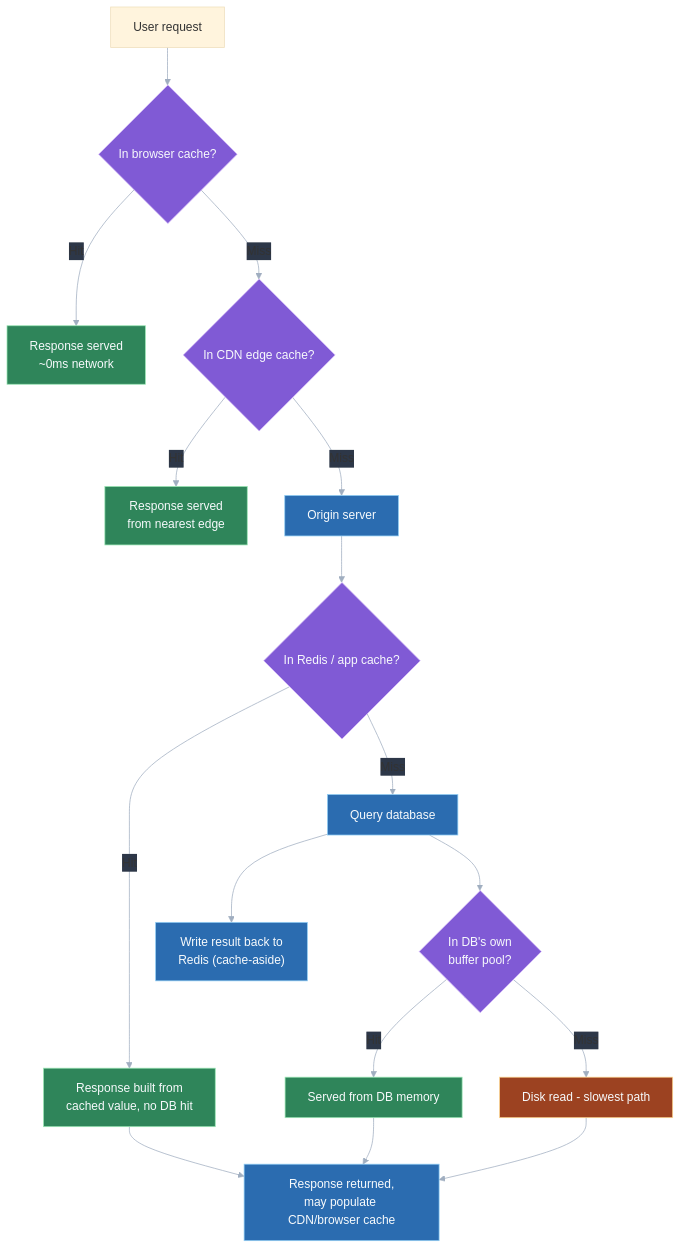
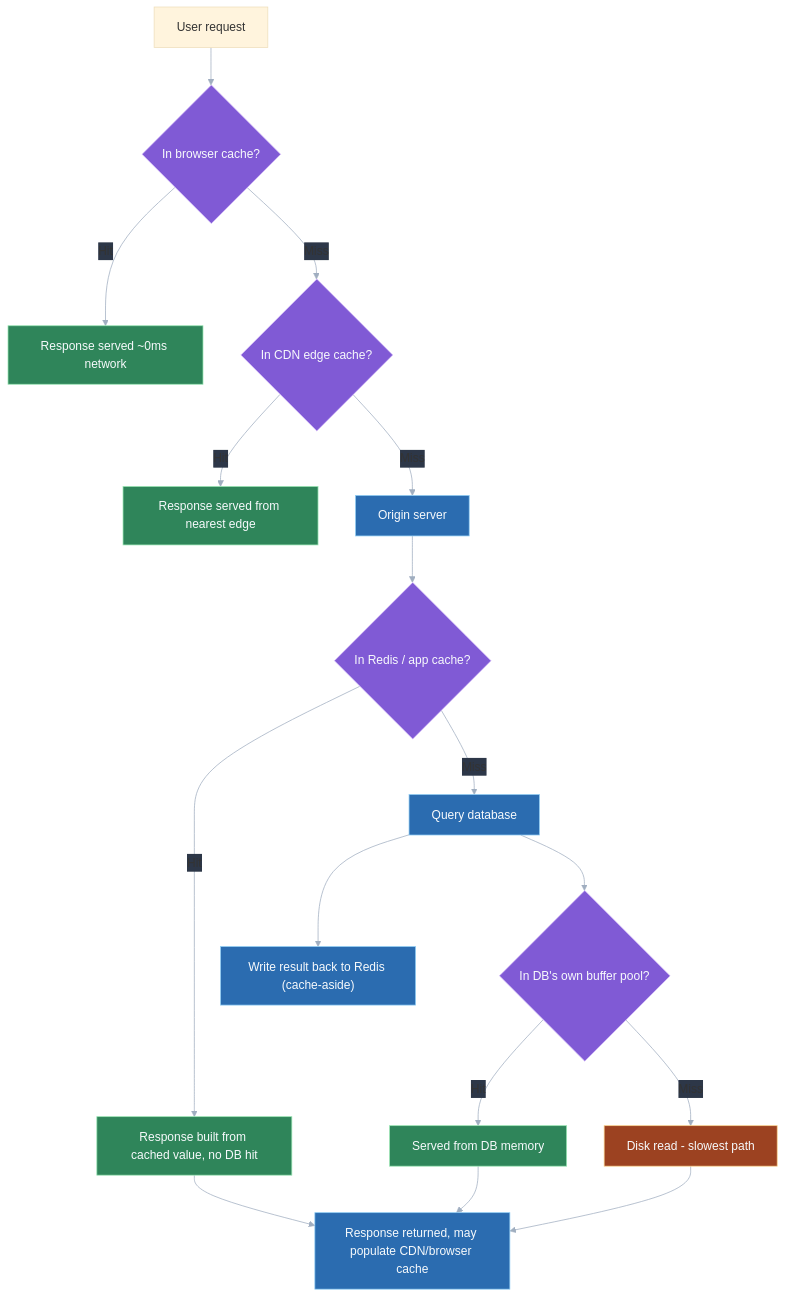
One commit to vinayakhumberi/litmus changed the first of 2 diagrams in data/topics/design-caching-layer.md. Above: the diagram before and after it, drawn with Mermaid. The commit also changed other lines of this file and 68 other files, not shown here.

````diff
--- a/data/topics/design-caching-layer.md
+++ b/data/topics/design-caching-layer.md
@@ -103,29 +103,29 @@
 ```mermaid
 %%{init: {"theme": "base", "themeVariables": {"lineColor": "#a0aec0", "edgeLabelBackground": "#2d3748", "textColor": "#f7fafc"}}}%%
 graph TD
     A["User request"] --> B{"In browser cache?"}
-    B -- "Hit" --> Z["Response served<br>~0ms network"]
+    B -- "Hit" --> Z["Response served ~0ms network"]
     B -- "Miss" --> C{"In CDN edge cache?"}
-    C -- "Hit" --> Z2["Response served<br>from nearest edge"]
+    C -- "Hit" --> Z2["Response served from nearest edge"]
     C -- "Miss" --> D["Origin server"]
     D --> E{"In Redis / app cache?"}
-    E -- "Hit" --> F["Response built from<br>cached value, no DB hit"]
+    E -- "Hit" --> F["Response built from cached value, no DB hit"]
     E -- "Miss" --> G["Query database"]
-    G --> H{"In DB's own<br>buffer pool?"}
+    G --> H{"In DB's own buffer pool?"}
     H -- "Hit" --> I["Served from DB memory"]
     H -- "Miss" --> J["Disk read - slowest path"]
-    G --> K["Write result back to<br>Redis (cache-aside)"]
-    F --> L["Response returned,<br>may populate CDN/browser cache"]
+    G --> K["Write result back to Redis (cache-aside)"]
+    F --> L["Response returned, may populate CDN/browser cache"]
     I --> L
     J --> L
 
     classDef fast fill:#2f855a,stroke:#9ae6b4,color:#f7fafc
     classDef mid fill:#2b6cb0,stroke:#90cdf4,color:#f7fafc
     classDef slow fill:#9c4221,stroke:#fbd38d,color:#f7fafc
     classDef decision fill:#805ad5,stroke:#d6bcfa,color:#f7fafc
 
     class B,C,E,H decision
     class Z,Z2,F,I fast
     class D,G,K,L mid
     class J slow
 ```
````
